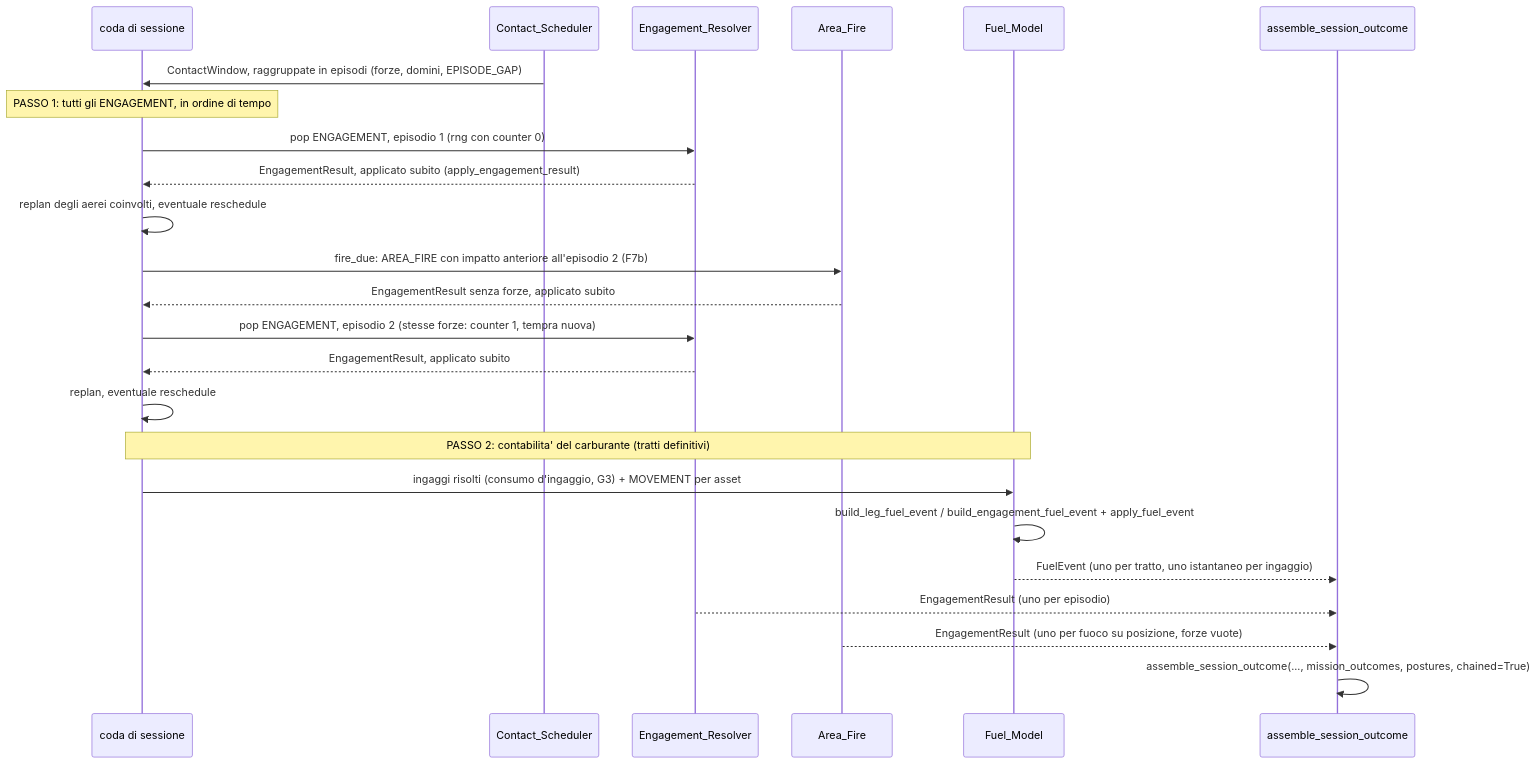
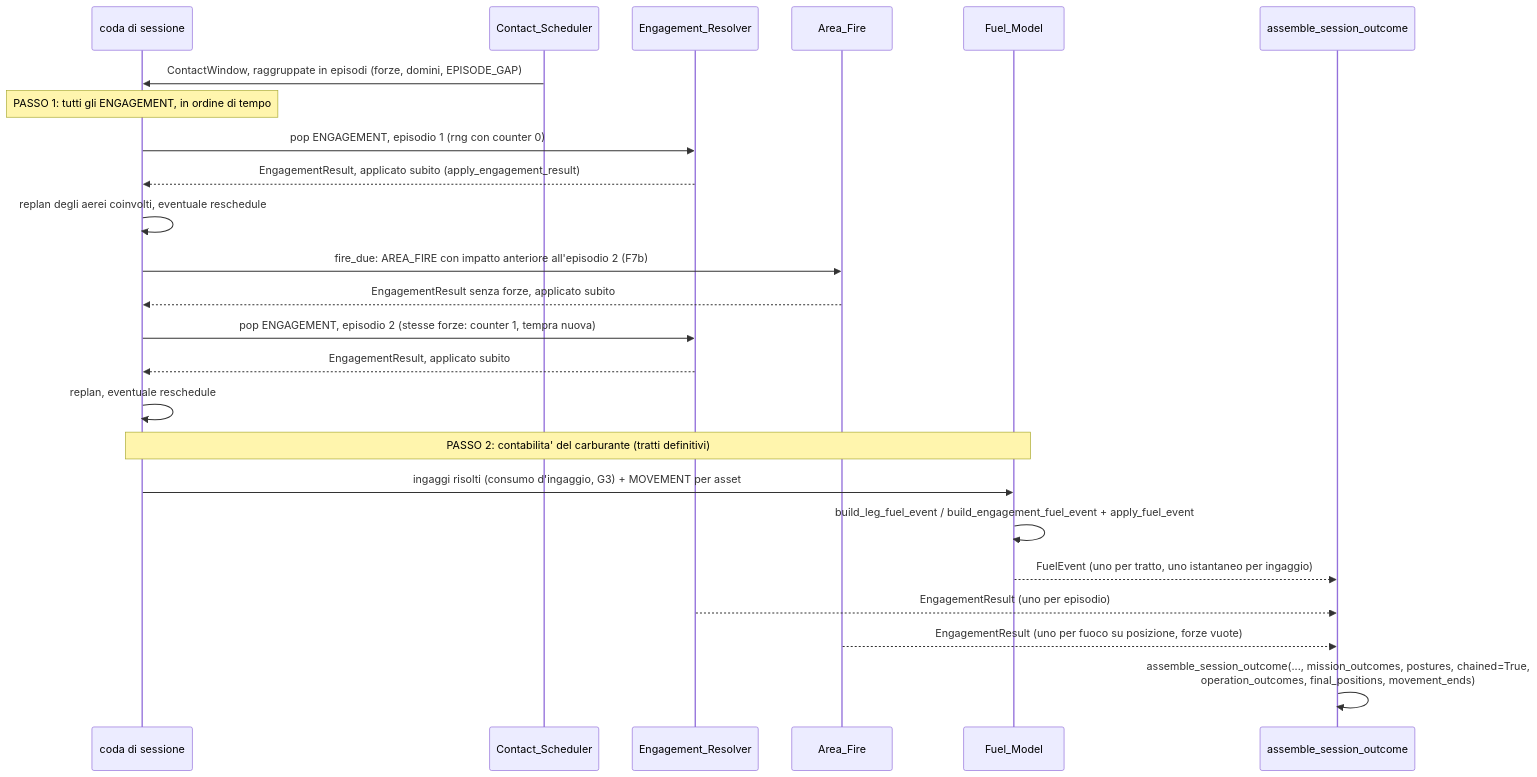
Before and after one commit to MakusIV/Warfare-Model: the second of 18 diagrams in Analysis/Document/Manuale_Motore_DES/07_Orchestratore_Session_Simulator.md, drawn with Mermaid. The commit also changed other lines of this file and 10 other files, not shown here.

````diff
--- a/Analysis/Document/Manuale_Motore_DES/07_Orchestratore_Session_Simulator.md
+++ b/Analysis/Document/Manuale_Motore_DES/07_Orchestratore_Session_Simulator.md
@@ -368,27 +408,27 @@
 ```mermaid
 sequenceDiagram
     participant Q as coda di sessione
     participant CS as Contact_Scheduler
     participant ER as Engagement_Resolver
     participant AF as Area_Fire
     participant FM as Fuel_Model
     participant OUT as assemble_session_outcome
 
     CS->>Q: ContactWindow, raggruppate in episodi (forze, domini, EPISODE_GAP)
     Note over Q: PASSO 1: tutti gli ENGAGEMENT, in ordine di tempo
     Q->>ER: pop ENGAGEMENT, episodio 1 (rng con counter 0)
     ER-->>Q: EngagementResult, applicato subito (apply_engagement_result)
     Q->>Q: replan degli aerei coinvolti, eventuale reschedule
     Q->>AF: fire_due: AREA_FIRE con impatto anteriore all'episodio 2 (F7b)
     AF-->>Q: EngagementResult senza forze, applicato subito
     Q->>ER: pop ENGAGEMENT, episodio 2 (stesse forze: counter 1, tempra nuova)
     ER-->>Q: EngagementResult, applicato subito
     Q->>Q: replan, eventuale reschedule
     Note over Q,FM: PASSO 2: contabilita' del carburante (tratti definitivi)
     Q->>FM: ingaggi risolti (consumo d'ingaggio, G3) + MOVEMENT per asset
     FM->>FM: build_leg_fuel_event / build_engagement_fuel_event + apply_fuel_event
     FM-->>OUT: FuelEvent (uno per tratto, uno istantaneo per ingaggio)
     ER-->>OUT: EngagementResult (uno per episodio)
     AF-->>OUT: EngagementResult (uno per fuoco su posizione, forze vuote)
-    OUT->>OUT: assemble_session_outcome(..., mission_outcomes, postures, chained=True)
+    OUT->>OUT: assemble_session_outcome(..., mission_outcomes, postures, chained=True,<br/>operation_outcomes, final_positions, movement_ends)
 ```
````
